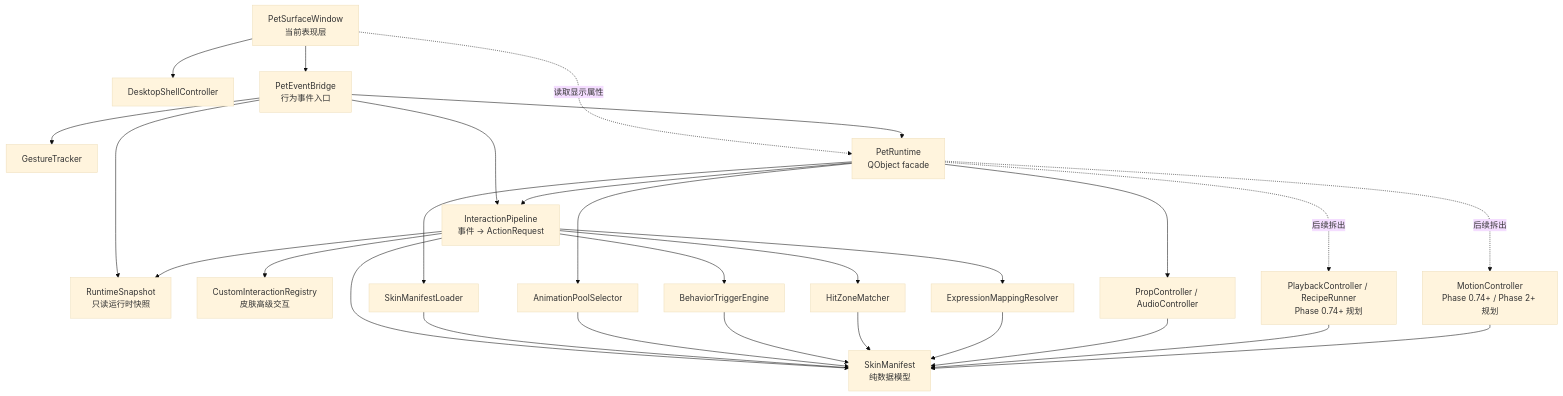
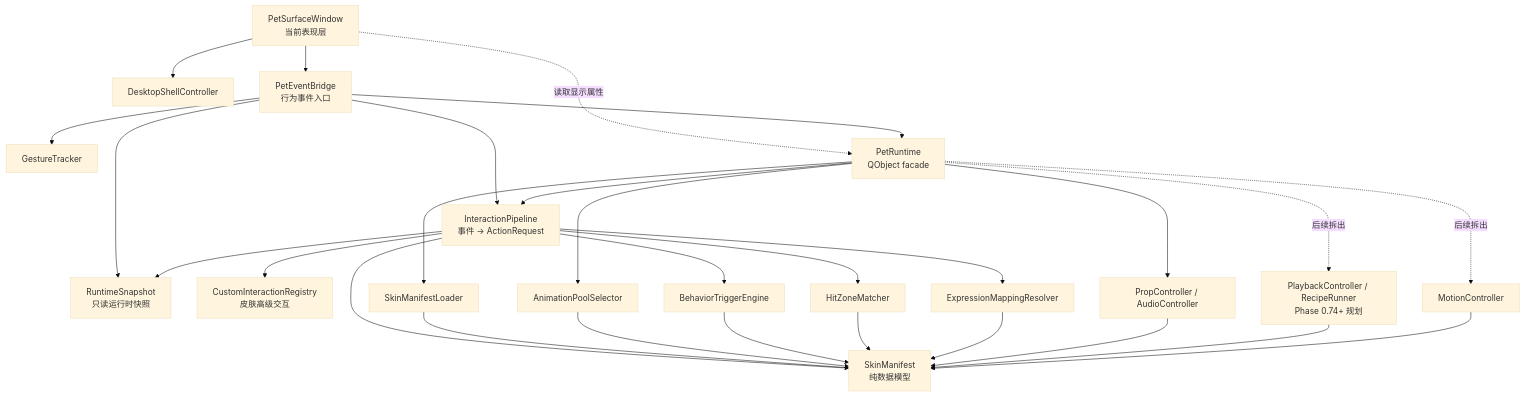
The first of 6 diagrams in docs/v2/设计方案/桌宠运行时职责拆分设计.md (tiantian180/MilesEdgeworth), drawn with Mermaid (base theme) before and after one commit. The commit also changed other lines of this file and 7 other files, not shown here.

````diff
--- a/docs/v2/设计方案/桌宠运行时职责拆分设计.md
+++ b/docs/v2/设计方案/桌宠运行时职责拆分设计.md
@@ -112,54 +112,54 @@
 ```mermaid
 flowchart TD
     Shell["DesktopShellController"]
     Surface["PetSurfaceWindow<br/>当前表现层"]
     Gesture["GestureTracker"]
     Bridge["PetEventBridge<br/>行为事件入口"]
     Snapshot["RuntimeSnapshot<br/>只读运行时快照"]
 
     Pipeline["InteractionPipeline<br/>事件 → ActionRequest"]
     Custom["CustomInteractionRegistry<br/>皮肤高级交互"]
     Expression["ExpressionMappingResolver"]
     Behavior["BehaviorTriggerEngine"]
     Hit["HitZoneMatcher"]
 
     Runtime["PetRuntime<br/>QObject facade"]
     Loader["SkinManifestLoader"]
     Selection["AnimationPoolSelector"]
     Effects["PropController / AudioController"]
     Playback["PlaybackController / RecipeRunner<br/>Phase 0.74+ 规划"]
-    Motion["MotionController<br/>Phase 0.74+ / Phase 2+ 规划"]
+    Motion["MotionController"]
     Manifest["SkinManifest<br/>纯数据模型"]
 
     Surface -. 读取显示属性 .-> Runtime
     Surface --> Bridge
     Surface --> Shell
 
     Bridge --> Gesture
     Bridge --> Pipeline
     Bridge --> Snapshot
     Bridge --> Runtime
 
     Pipeline --> Custom
     Pipeline --> Expression
     Pipeline --> Behavior
     Pipeline --> Hit
     Pipeline --> Manifest
     Pipeline --> Snapshot
 
     Runtime --> Pipeline
     Runtime --> Loader
     Runtime --> Selection
     Runtime --> Effects
     Runtime -. 后续拆出 .-> Playback
     Runtime -. 后续拆出 .-> Motion
 
     Loader --> Manifest
     Selection --> Manifest
     Behavior --> Manifest
     Hit --> Manifest
     Expression --> Manifest
     Effects --> Manifest
     Playback --> Manifest
     Motion --> Manifest
 ```
````
